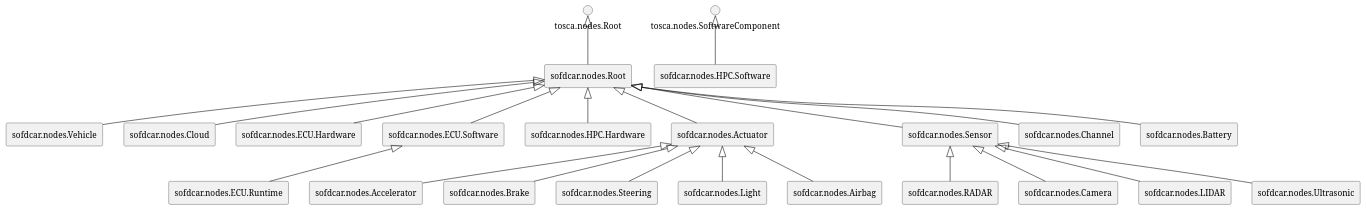
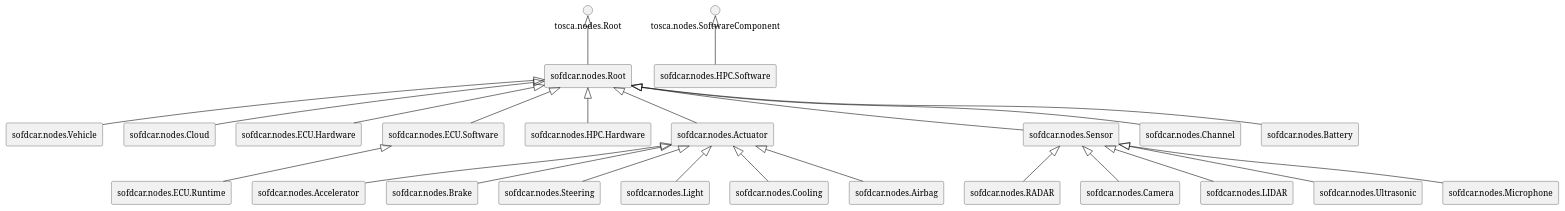
Before and after one commit to OpenTOSCA/opentosca-vintner: the diagram in docs/docs/sofdcar/tosca-sofdcar-profile-core.node-types.puml, drawn with PlantUML. The commit also changed 9 other files, not shown here.

```diff
--- a/docs/docs/sofdcar/tosca-sofdcar-profile-core.node-types.puml
+++ b/docs/docs/sofdcar/tosca-sofdcar-profile-core.node-types.puml
@@ -1,90 +1,98 @@
 @startuml
 skinparam componentStyle rectangle
 
 
 rectangle "sofdcar.nodes.Root"
 
 rectangle "sofdcar.nodes.Vehicle"
 
 rectangle "sofdcar.nodes.Cloud"
 
 rectangle "sofdcar.nodes.ECU.Hardware"
 
 rectangle "sofdcar.nodes.ECU.Software"
 
 rectangle "sofdcar.nodes.ECU.Runtime"
 
 rectangle "sofdcar.nodes.HPC.Software"
 
 rectangle "sofdcar.nodes.HPC.Hardware"
 
 rectangle "sofdcar.nodes.Actuator"
 
 rectangle "sofdcar.nodes.Accelerator"
 
 rectangle "sofdcar.nodes.Brake"
 
 rectangle "sofdcar.nodes.Steering"
 
 rectangle "sofdcar.nodes.Light"
 
+rectangle "sofdcar.nodes.Cooling"
+
 rectangle "sofdcar.nodes.Airbag"
 
 rectangle "sofdcar.nodes.Sensor"
 
 rectangle "sofdcar.nodes.RADAR"
 
 rectangle "sofdcar.nodes.Camera"
 
 rectangle "sofdcar.nodes.LIDAR"
 
 rectangle "sofdcar.nodes.Ultrasonic"
+
+rectangle "sofdcar.nodes.Microphone"
 
 rectangle "sofdcar.nodes.Channel"
 
 rectangle "sofdcar.nodes.Battery"
 
 
 "tosca.nodes.Root" <|-- "sofdcar.nodes.Root"
 
 "sofdcar.nodes.Root" <|-- "sofdcar.nodes.Vehicle"
 
 "sofdcar.nodes.Root" <|-- "sofdcar.nodes.Cloud"
 
 "sofdcar.nodes.Root" <|-- "sofdcar.nodes.ECU.Hardware"
 
 "sofdcar.nodes.Root" <|-- "sofdcar.nodes.ECU.Software"
 
 "sofdcar.nodes.ECU.Software" <|-- "sofdcar.nodes.ECU.Runtime"
 
 "tosca.nodes.SoftwareComponent" <|-- "sofdcar.nodes.HPC.Software"
 
 "sofdcar.nodes.Root" <|-- "sofdcar.nodes.HPC.Hardware"
 
 "sofdcar.nodes.Root" <|-- "sofdcar.nodes.Actuator"
 
 "sofdcar.nodes.Actuator" <|-- "sofdcar.nodes.Accelerator"
 
 "sofdcar.nodes.Actuator" <|-- "sofdcar.nodes.Brake"
 
 "sofdcar.nodes.Actuator" <|-- "sofdcar.nodes.Steering"
 
 "sofdcar.nodes.Actuator" <|-- "sofdcar.nodes.Light"
 
+"sofdcar.nodes.Actuator" <|-- "sofdcar.nodes.Cooling"
+
 "sofdcar.nodes.Actuator" <|-- "sofdcar.nodes.Airbag"
 
 "sofdcar.nodes.Root" <|-- "sofdcar.nodes.Sensor"
 
 "sofdcar.nodes.Sensor" <|-- "sofdcar.nodes.RADAR"
 
 "sofdcar.nodes.Sensor" <|-- "sofdcar.nodes.Camera"
 
 "sofdcar.nodes.Sensor" <|-- "sofdcar.nodes.LIDAR"
 
 "sofdcar.nodes.Sensor" <|-- "sofdcar.nodes.Ultrasonic"
 
+"sofdcar.nodes.Sensor" <|-- "sofdcar.nodes.Microphone"
+
 "sofdcar.nodes.Root" <|-- "sofdcar.nodes.Channel"
 
 "sofdcar.nodes.Root" <|-- "sofdcar.nodes.Battery"
 
 @enduml
```
